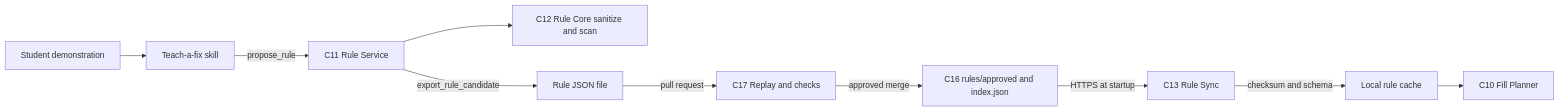
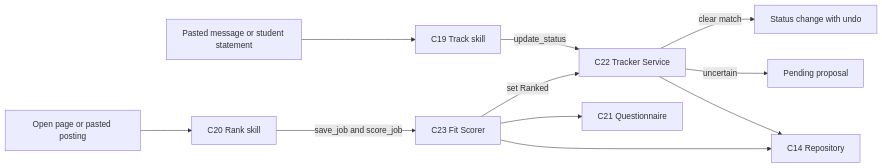
Before and after one commit to Mikey-He/5940-Project: the second of 2 diagrams in aidlc-docs/inception/application-design/component-dependency.md, drawn with Mermaid. The commit also changed other lines of this file and 6 other files, not shown here.

Commit message:
AI-DLC Application Design v2: tracker, scorer, questionnaire

````diff
--- a/aidlc-docs/inception/application-design/component-dependency.md
+++ b/aidlc-docs/inception/application-design/component-dependency.md
@@ -62,12 +67,13 @@
 ```mermaid
 flowchart LR
-    Demo["Student demonstration"] --> Teach["Teach-a-fix skill"]
-    Teach -->|propose_rule| Rules["C11 Rule Service"]
-    Rules --> Core["C12 Rule Core sanitize and scan"]
-    Rules -->|export_rule_candidate| File["Rule JSON file"]
-    File -->|pull request| CI["C17 Replay and checks"]
-    CI -->|approved merge| Lib["C16 rules/approved and index.json"]
-    Lib -->|HTTPS at startup| Sync["C13 Rule Sync"]
-    Sync -->|checksum and schema| Cache["Local rule cache"]
-    Cache --> Planner["C10 Fill Planner"]
+    Msg["Pasted message or student statement"] --> TrackSkill["C19 Track skill"]
+    TrackSkill -->|update_status| Tracker["C22 Tracker Service"]
+    Tracker -->|clear match| Applied["Status change with undo"]
+    Tracker -->|uncertain| Pending["Pending proposal"]
+    Posting["Open page or pasted posting"] --> RankSkill["C20 Rank skill"]
+    RankSkill -->|save_job and score_job| Scorer["C23 Fit Scorer"]
+    Scorer --> Quest["C21 Questionnaire"]
+    Scorer -->|set Ranked| Tracker
+    Tracker --> Repo["C14 Repository"]
+    Scorer --> Repo
 ```
````
